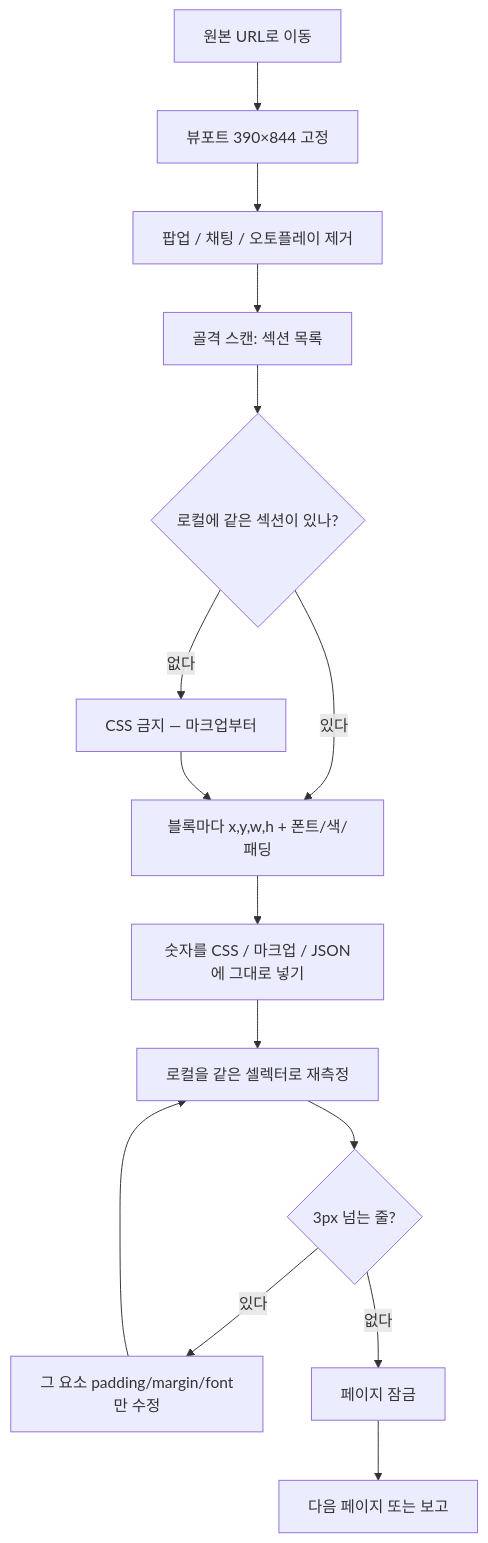
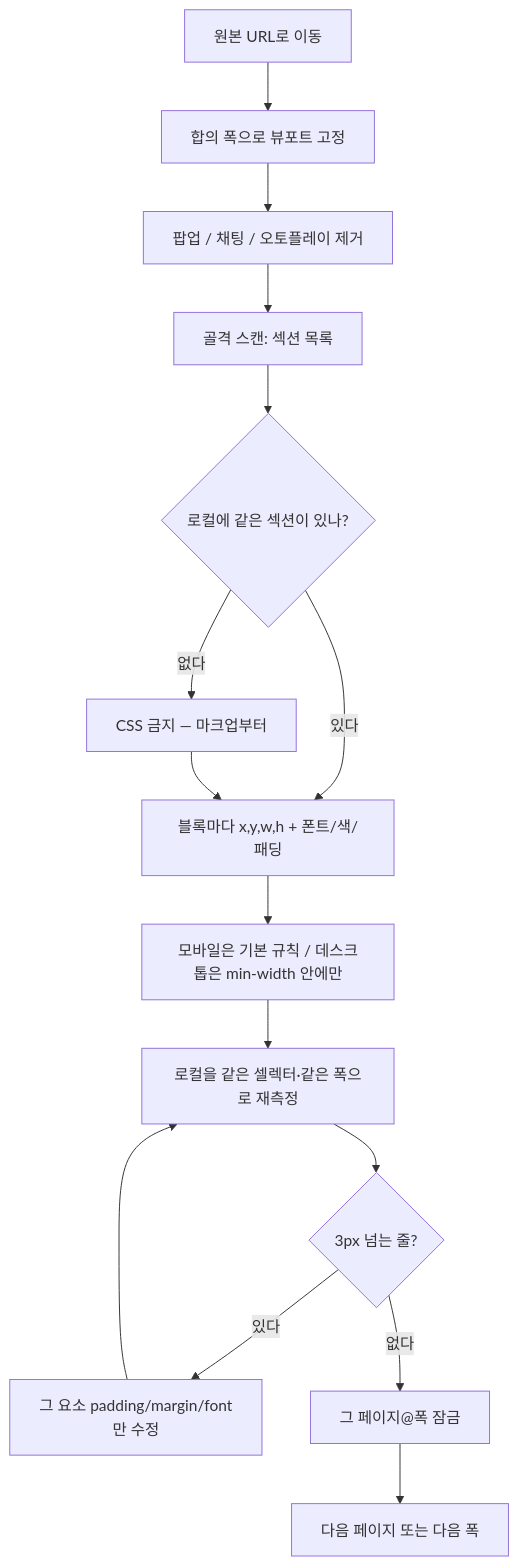
Before and after one commit to pioneer3339/pixel-clone: the first of 3 diagrams in README.md, drawn with Mermaid. The commit also changed other lines of this file and 4 other files, not shown here.

````diff
--- a/README.md
+++ b/README.md
@@ -84,17 +91,17 @@
 ```mermaid
 flowchart TD
-  A[원본 URL로 이동] --> B[뷰포트 390×844 고정]
+  A[원본 URL로 이동] --> B[합의 폭으로 뷰포트 고정]
   B --> C[팝업 / 채팅 / 오토플레이 제거]
   C --> D[골격 스캔: 섹션 목록]
   D --> E{로컬에 같은 섹션이 있나?}
   E -->|없다| F[CSS 금지 — 마크업부터]
   E -->|있다| G["블록마다 x,y,w,h + 폰트/색/패딩"]
   F --> G
-  G --> H[숫자를 CSS / 마크업 / JSON에 그대로 넣기]
-  H --> I[로컬을 같은 셀렉터로 재측정]
+  G --> H[모바일은 기본 규칙 / 데스크톱은 min-width 안에만]
+  H --> I[로컬을 같은 셀렉터·같은 폭으로 재측정]
   I --> J{3px 넘는 줄?}
   J -->|있다| K[그 요소 padding/margin/font만 수정]
   K --> I
-  J -->|없다| L[페이지 잠금]
-  L --> M[다음 페이지 또는 보고]
+  J -->|없다| L["그 페이지@폭 잠금"]
+  L --> M[다음 페이지 또는 다음 폭]
 ```
````
